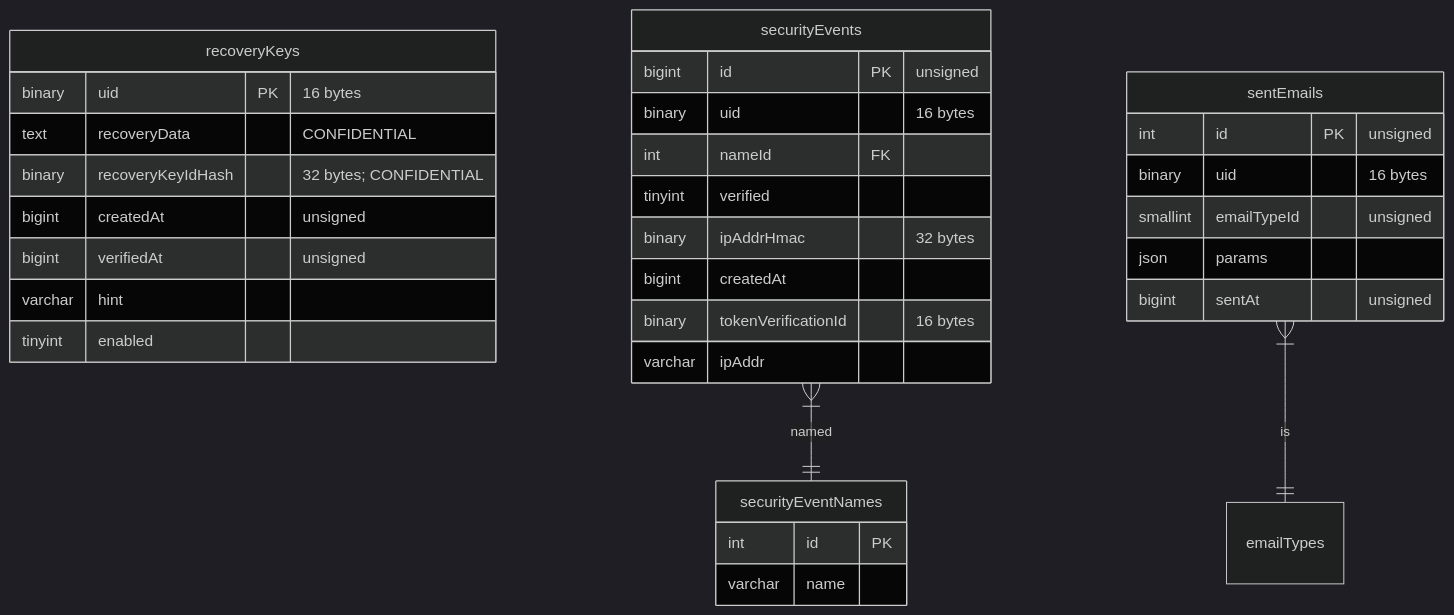
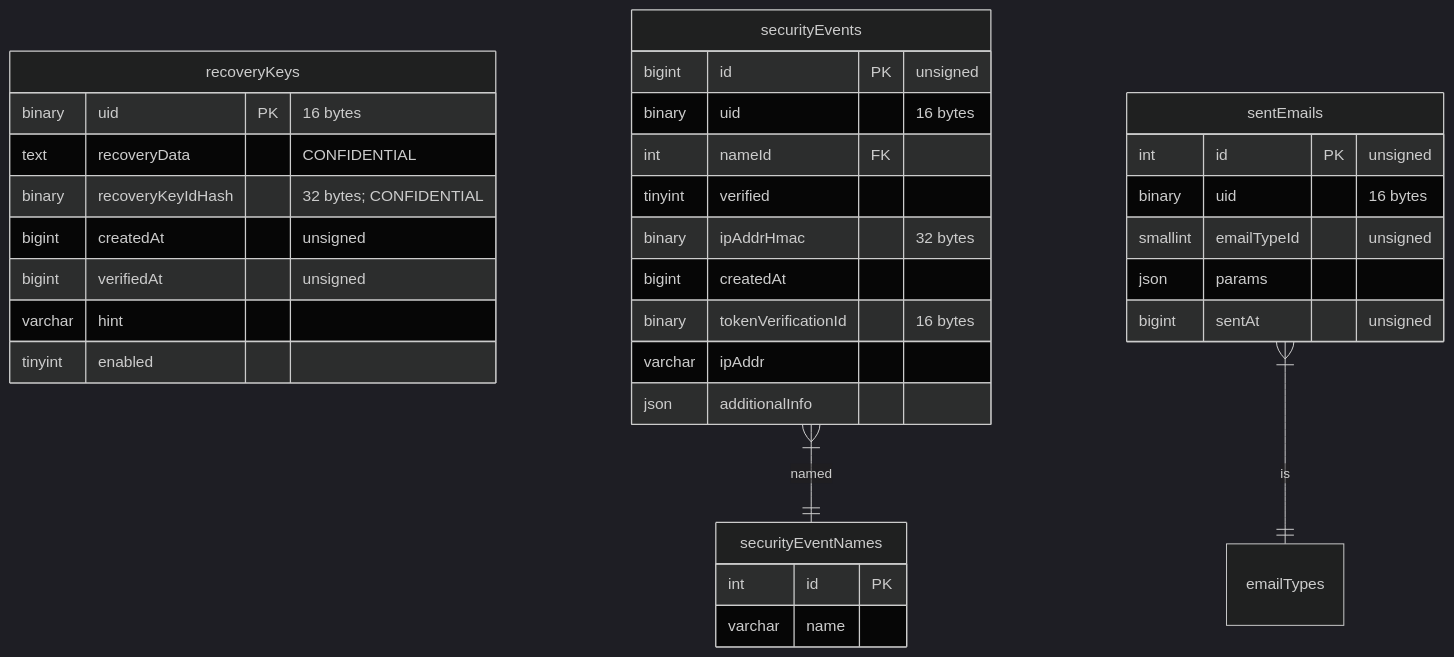
The tenth of 19 diagrams in docs/reference/database-structure.md (mozilla/ecosystem-platform), drawn with Mermaid (dark theme) before and after one commit. The commit also changed other lines of this file, not shown here.

````diff
--- a/docs/reference/database-structure.md
+++ b/docs/reference/database-structure.md
@@ -235,35 +237,36 @@
 ```mermaid
 erDiagram
     recoveryKeys {
         binary uid PK "16 bytes"
         text recoveryData "CONFIDENTIAL"
         binary recoveryKeyIdHash "32 bytes; CONFIDENTIAL"
         bigint createdAt "unsigned"
         bigint verifiedAt "unsigned"
         varchar hint
         tinyint enabled
     }
     securityEventNames {
         int id PK
         varchar name
     }
     securityEvents }|--|| securityEventNames : named
     securityEvents {
         bigint id PK "unsigned"
         binary uid "16 bytes"
         int nameId FK
         tinyint verified
         binary ipAddrHmac "32 bytes"
         bigint createdAt
         binary tokenVerificationId "16 bytes"
         varchar ipAddr
+        json additionalInfo
     }
     sentEmails }|--|| emailTypes : is
     sentEmails {
         int id PK "unsigned"
         binary uid "16 bytes"
         smallint emailTypeId "unsigned"
         json params
         bigint sentAt "unsigned"
     }
 ```
````
